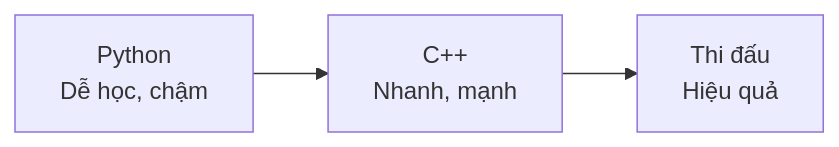
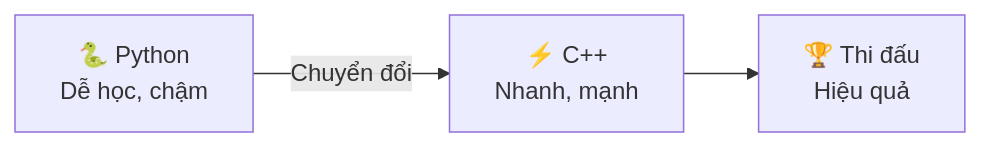
The first of 2 diagrams in docs/coding/cpp/index.md (FPTOJ-OJ/fptoj_wiki), drawn with Mermaid before and after one commit. The commit also changed other lines of this file and 151 other files, not shown here.

````diff
--- a/docs/coding/cpp/index.md
+++ b/docs/coding/cpp/index.md
@@ -15,5 +12,5 @@
 ```mermaid
 flowchart LR
-    A["Python<br>Dễ học, chậm"] --> B["C++<br>Nhanh, mạnh"]
-    B --> C["Thi đấu<br>Hiệu quả"]
+    A["🐍 Python<br>Dễ học, chậm"] -->|"Chuyển đổi"| B["⚡ C++<br>Nhanh, mạnh"]
+    B --> C["🏆 Thi đấu<br>Hiệu quả"]
 ```
````
